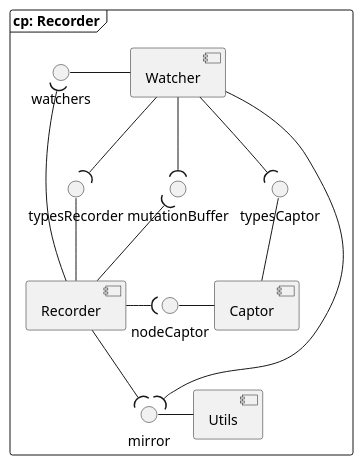
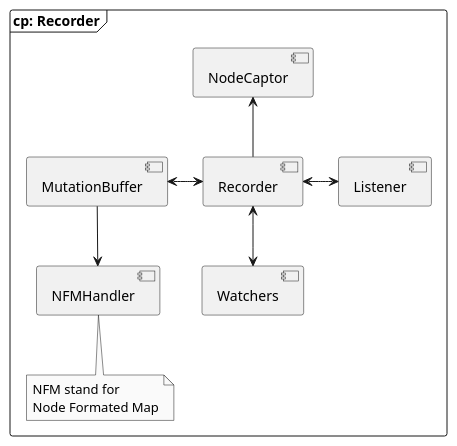
The diagram in models/6.Component/1.recorder.puml (SSMM0498/arkad-conception), drawn with PlantUML before and after one commit.

Commit message:
Refactor the recorde components diagram

```diff
--- a/models/6.Component/1.recorder.puml
+++ b/models/6.Component/1.recorder.puml
@@ -1,20 +1,29 @@
 @startuml "recorder component diagram"
 skinparam shadowing false
 skinparam monochrome true
 
 frame "cp: Recorder" {
-    watchers - [Watcher]
-    mirror - [Utils]
-    nodeCaptor - [Captor]
-    typesCaptor - [Captor]
-    typesRecorder - [Recorder]
-    [Watcher] --( mirror
-    [Recorder] --( mirror
-    [Recorder] -down-( watchers
-    [Recorder] -up-( mutationBuffer
-    [Recorder] -right-( nodeCaptor
-    [Watcher] --( typesCaptor
-    [Watcher] -down-( typesRecorder
-    [Watcher] --( mutationBuffer
+    [Recorder] <-down-> [Watchers]
+    [Recorder] <-right-> [Listener]
+    [Recorder] -up-> [NodeCaptor]
+    [Recorder] <-left-> [MutationBuffer]
+    [MutationBuffer] -down-> [NFMHandler]
+
+    note bottom of [NFMHandler]
+        NFM stand for
+        Node Formated Map
+    end note
+
+    ' watchers - [Watcher]
+    ' mirror - [Utils]
+    ' nodeCaptor - [Captor]
+    ' typesCaptor - [Captor]
+    ' typesRecorder - [Recorder]
+    ' [Watcher] --( mirror
+    ' [Recorder] --( mirror
+    ' [Recorder] -right-( nodeCaptor
+    ' [Watcher] --( typesCaptor
+    ' [Watcher] -down-( typesRecorder
+    ' [Watcher] --( mutationBuffer
 }
 @enduml
```
